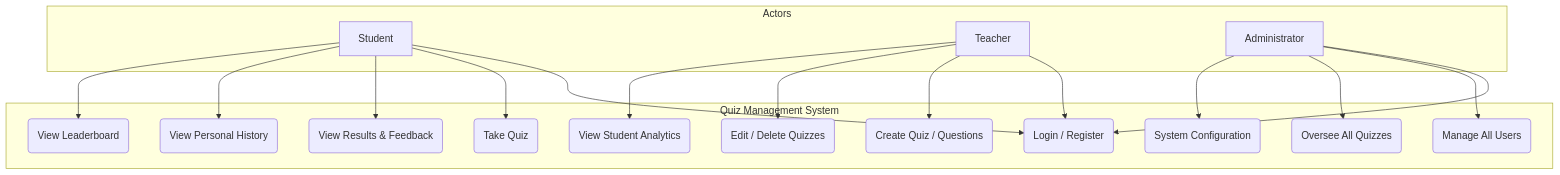
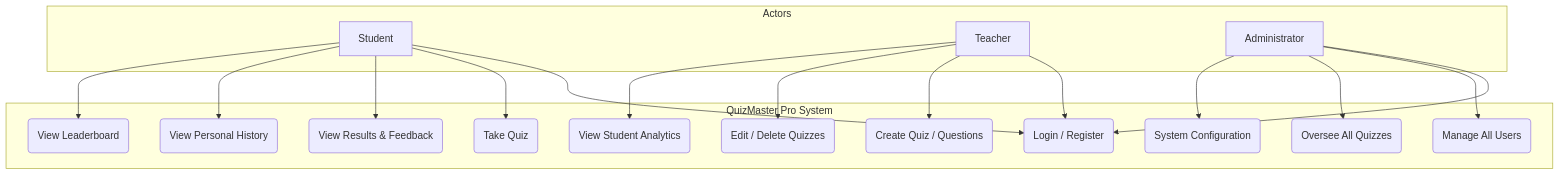
The first of 2 diagrams in REPORT.md (Miyoupo-ivan237/QUIZ), drawn with Mermaid before and after one commit. The commit also changed other lines of this file and 4 other files, not shown here.

````diff
--- a/REPORT.md
+++ b/REPORT.md
@@ -44,40 +62,40 @@
 ```mermaid
 graph TD
     subgraph Actors
         Student[Student]
         Teacher[Teacher]
         Admin[Administrator]
     end
 
-    subgraph "Quiz Management System"
+    subgraph "QuizMaster Pro System"
         UC1(Login / Register)
         UC2(Take Quiz)
         UC3(View Results & Feedback)
         UC4(View Personal History)
         UC5(View Leaderboard)
         
         UC6(Create Quiz / Questions)
         UC7(Edit / Delete Quizzes)
         UC8(View Student Analytics)
         
         UC9(Manage All Users)
         UC10(Oversee All Quizzes)
         UC11(System Configuration)
     end
 
     Student --> UC1
     Student --> UC2
     Student --> UC3
     Student --> UC4
     Student --> UC5
 
     Teacher --> UC1
     Teacher --> UC6
     Teacher --> UC7
     Teacher --> UC8
 
     Admin --> UC1
     Admin --> UC9
     Admin --> UC10
     Admin --> UC11
 ```
````
